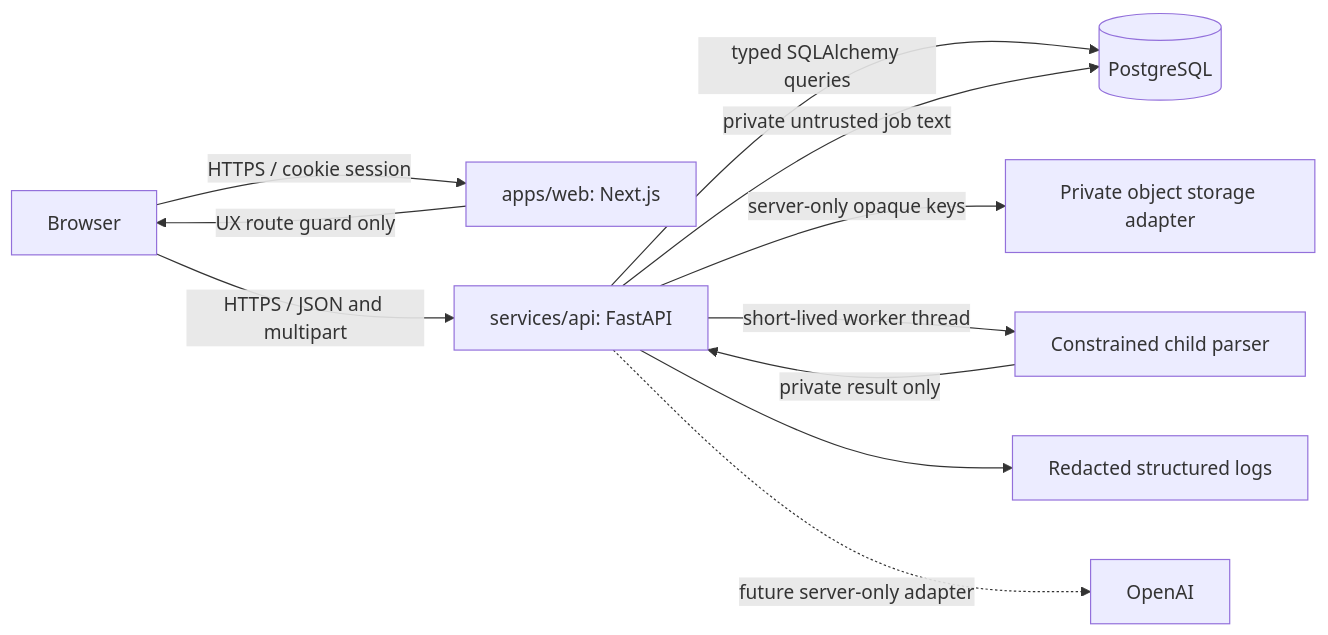
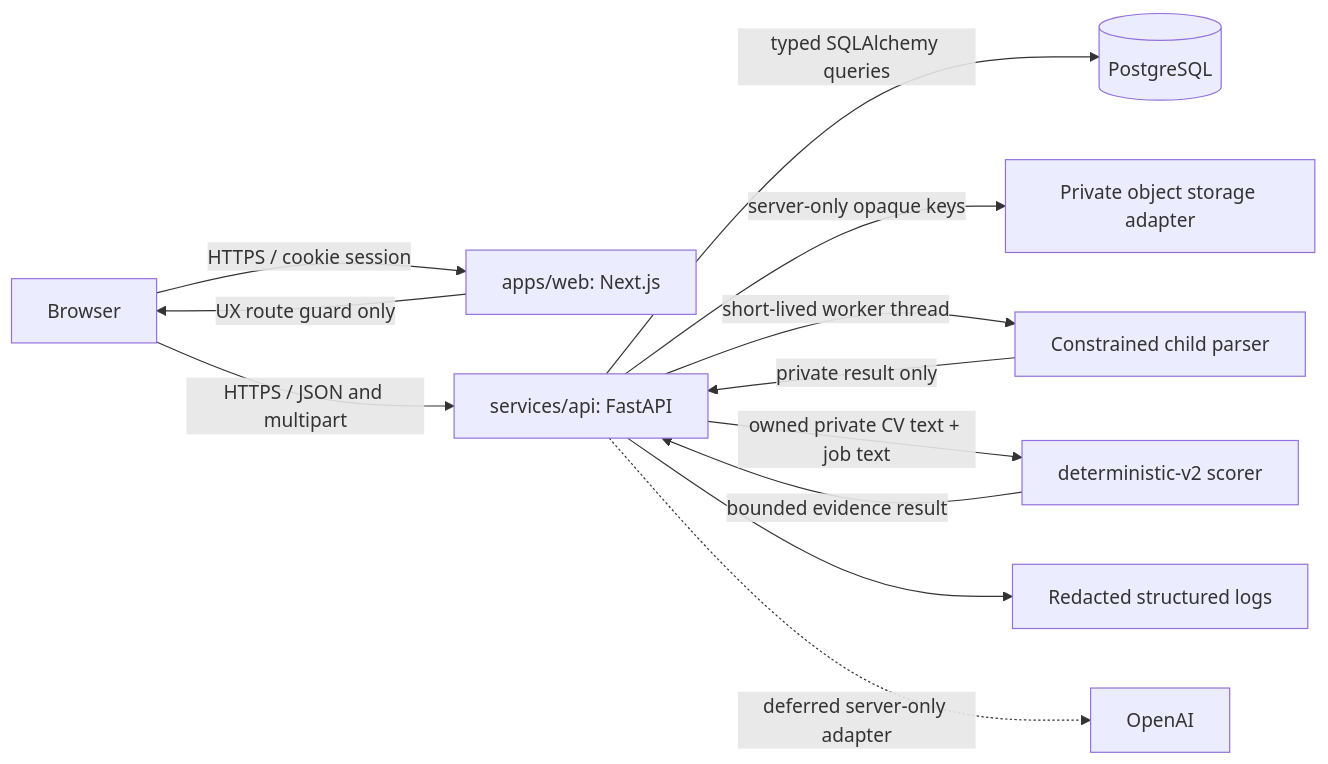
One commit to Adam-Ghanem/Cvmatcher changed the diagram in docs/architecture.md. Above: the diagram before and after it, drawn with Mermaid. The commit also changed other lines of this file and 24 other files, not shown here.

````diff
--- a/docs/architecture.md
+++ b/docs/architecture.md
@@ -7,13 +7,14 @@
 ```mermaid
 flowchart LR
   Browser[Browser] -->|HTTPS / cookie session| Web[apps/web: Next.js]
   Browser -->|HTTPS / JSON and multipart| API[services/api: FastAPI]
   Web -->|UX route guard only| Browser
   API -->|typed SQLAlchemy queries| DB[(PostgreSQL)]
   API -->|server-only opaque keys| Storage[Private object storage adapter]
-  API -->|private untrusted job text| DB
   API -->|short-lived worker thread| Parser[Constrained child parser]
   Parser -->|private result only| API
+  API -->|owned private CV text + job text| Scorer[deterministic-v2 scorer]
+  Scorer -->|bounded evidence result| API
   API --> Logs[Redacted structured logs]
-  API -. future server-only adapter .-> OpenAI[OpenAI]
+  API -. deferred server-only adapter .-> OpenAI[OpenAI]
 ```
````
